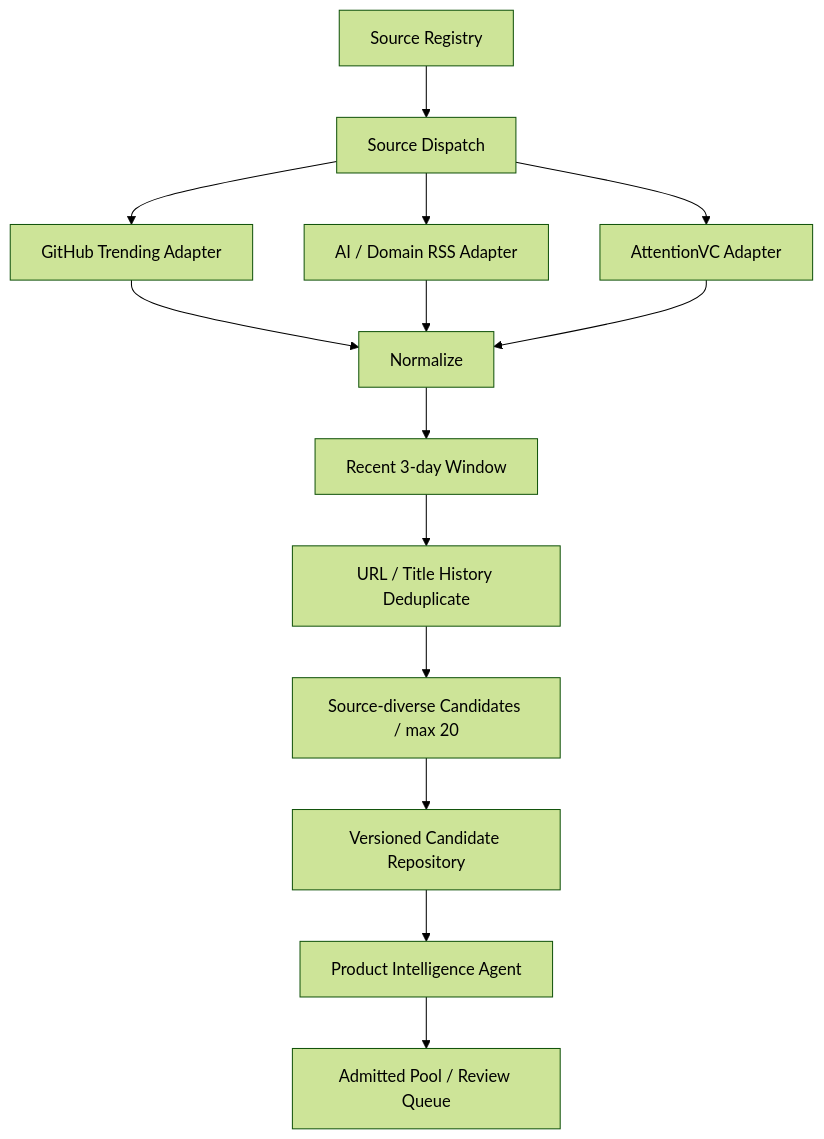
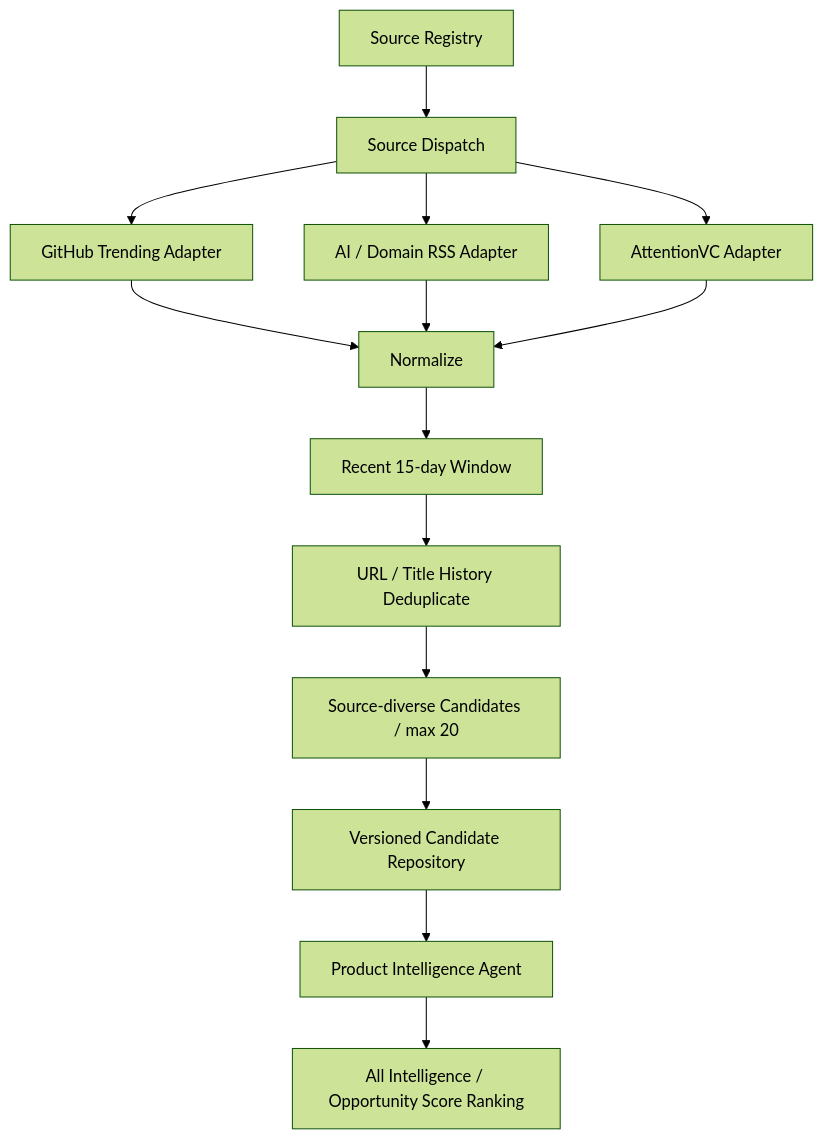
One commit to bbc804208302/AIPM- changed the second of 5 diagrams in README.md. Above: the diagram before and after it, drawn with Mermaid (forest theme). The commit also changed other lines of this file and 16 other files, not shown here.

````diff
--- a/README.md
+++ b/README.md
@@ -122,16 +122,16 @@
 ```mermaid
 flowchart TD
   R[Source Registry] --> D[Source Dispatch]
   D --> G[GitHub Trending Adapter]
   D --> M[AI / Domain RSS Adapter]
   D --> X[AttentionVC Adapter]
   G --> N[Normalize]
   M --> N
   X --> N
-  N --> F[Recent 3-day Window]
+  N --> F[Recent 15-day Window]
   F --> U[URL / Title History Deduplicate]
   U --> T[Source-diverse Candidates / max 20]
   T --> J[Versioned Candidate Repository]
   J --> A[Product Intelligence Agent]
-  A --> W[Admitted Pool / Review Queue]
+  A --> W[All Intelligence / Opportunity Score Ranking]
 ```
````
